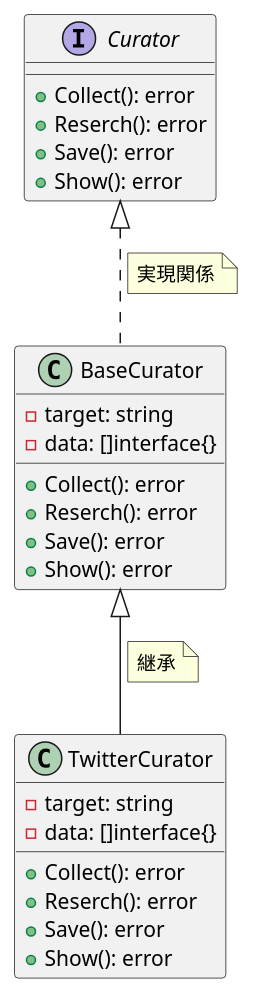
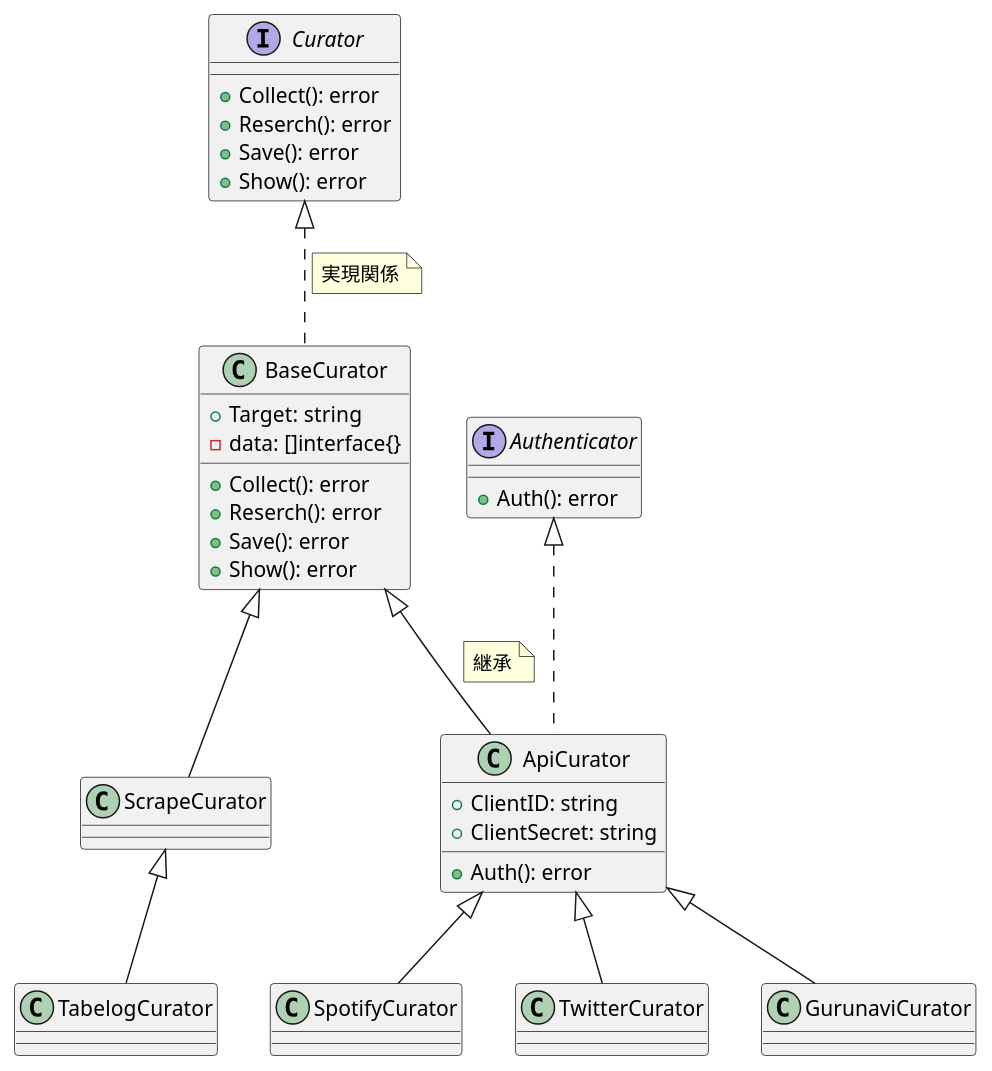
The diagram in class.pu (ddddddO/oop-go), drawn with PlantUML before and after one commit. The commit also changed 9 other files, not shown here.

```diff
--- a/class.pu
+++ b/class.pu
@@ -1,37 +1,68 @@
 @startuml
 
-interface Curator{
+interface Curator {
 	+ Collect(): error
 	+ Reserch(): error
 	+ Save(): error
 	+ Show(): error
 }
 
 class BaseCurator {
-    - target: string
+    + Target: string
     - data: []interface{}
 	+ Collect(): error
 	+ Reserch(): error
 	+ Save(): error
 	+ Show(): error
 }
 
+interface Authenticator{
+	+ Auth(): error
+}
+
+class ApiCurator {
+	+ ClientID: string
+	+ ClientSecret: string
+	+ Auth(): error
+}
+
+class GurunaviCurator {
+}
+
+class SpotifyCurator {
+}
+
 class TwitterCurator {
-    - target: string
-    - data: []interface{}
-	+ Collect(): error
-	+ Reserch(): error
-	+ Save(): error
-	+ Show(): error
 }
+
+class ScrapeCurator {
+}
+
+class TabelogCurator {
+}
+
+
 
 Curator <|.. BaseCurator
 note on link
 実現関係
 end note
 
-BaseCurator <|-- TwitterCurator
+BaseCurator <|-- ApiCurator
 note on link
 継承
 end note
+
+BaseCurator <|-- ScrapeCurator
+ScrapeCurator <|-- TabelogCurator
+
+
+Authenticator <|.. ApiCurator
+
+ApiCurator <|-- GurunaviCurator
+ApiCurator <|-- SpotifyCurator
+ApiCurator <|-- TwitterCurator
+
+
+
 @enduml
```
